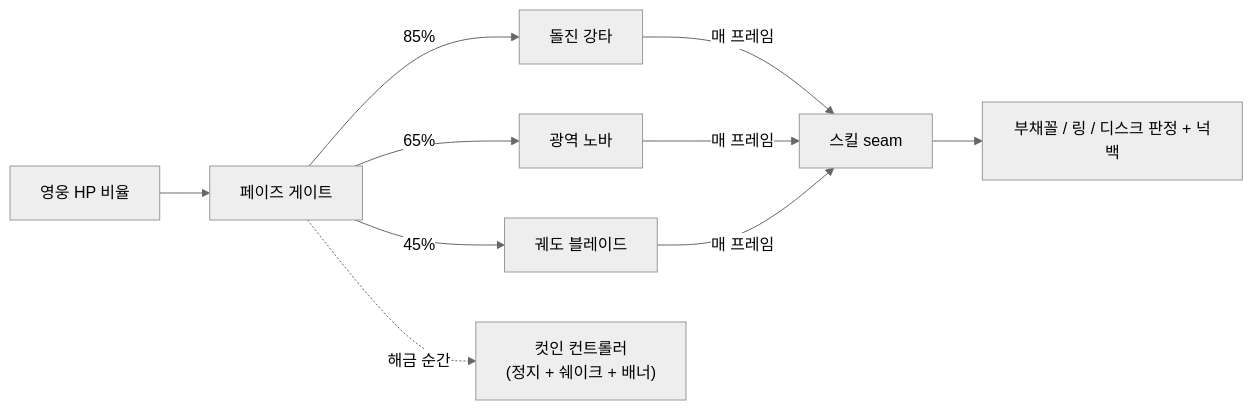
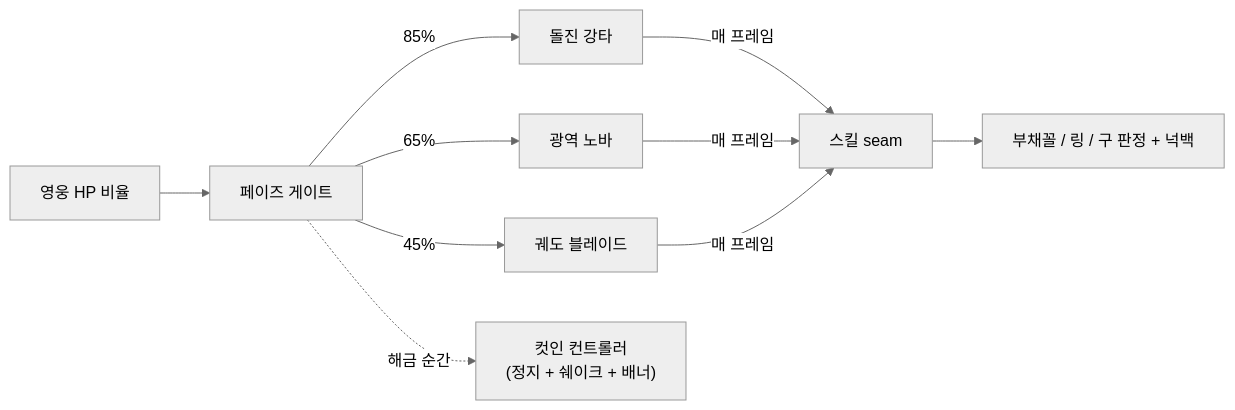
The fifth of 6 diagrams in README.md (chvj7567/Project_Lair), drawn with Mermaid (neutral theme) before and after one commit. The commit also changed other lines of this file and 2 other files, not shown here.

````diff
--- a/README.md
+++ b/README.md
@@ -253,10 +254,10 @@
 ```mermaid
 flowchart LR
     HP["영웅 HP 비율"] --> Gate["페이즈 게이트"]
     Gate -->|"85%"| P1["돌진 강타"]
     Gate -->|"65%"| P2["광역 노바"]
     Gate -->|"45%"| P3["궤도 블레이드"]
     P1 & P2 & P3 -->|"매 프레임"| Ctx["스킬 seam"]
-    Ctx --> Dmg["부채꼴 / 링 / 디스크 판정 + 넉백"]
+    Ctx --> Dmg["부채꼴 / 링 / 구 판정 + 넉백"]
     Gate -.->|"해금 순간"| Cut["컷인 컨트롤러<br/>(정지 + 쉐이크 + 배너)"]
 ```
````
